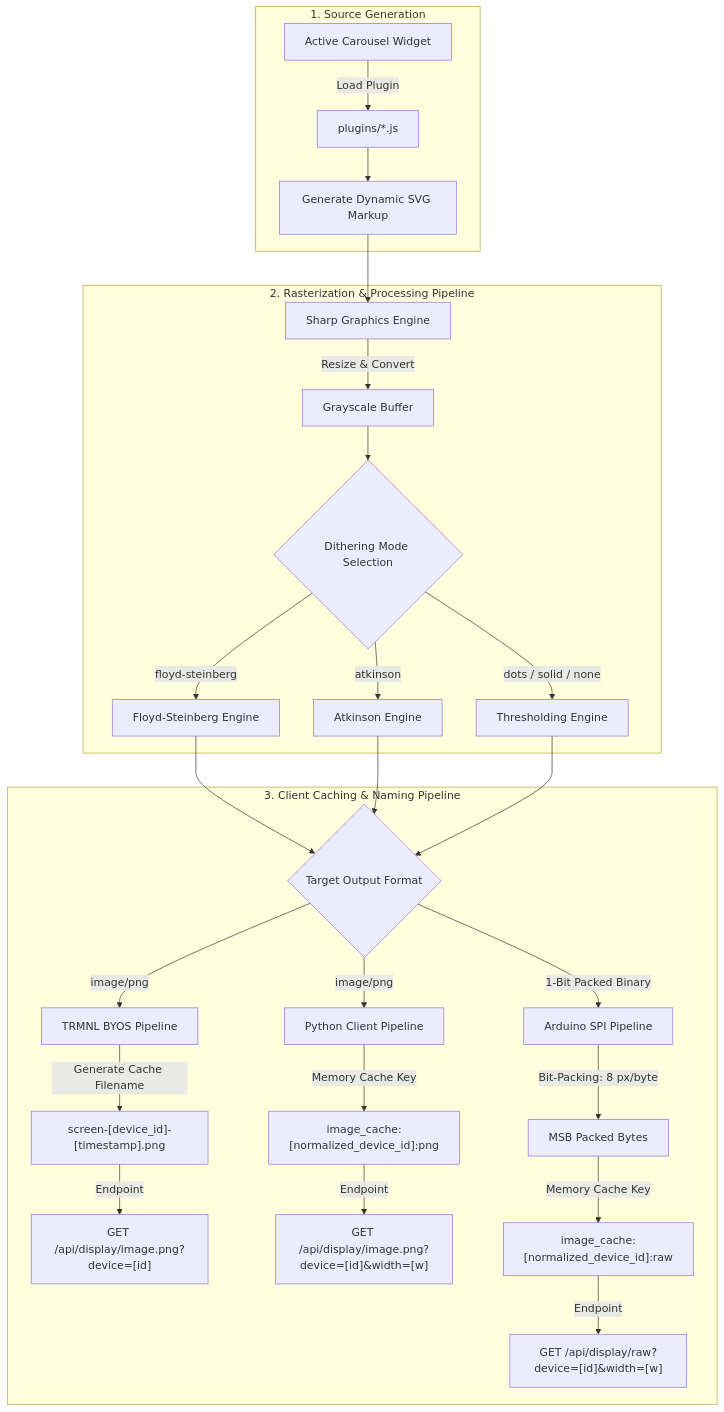
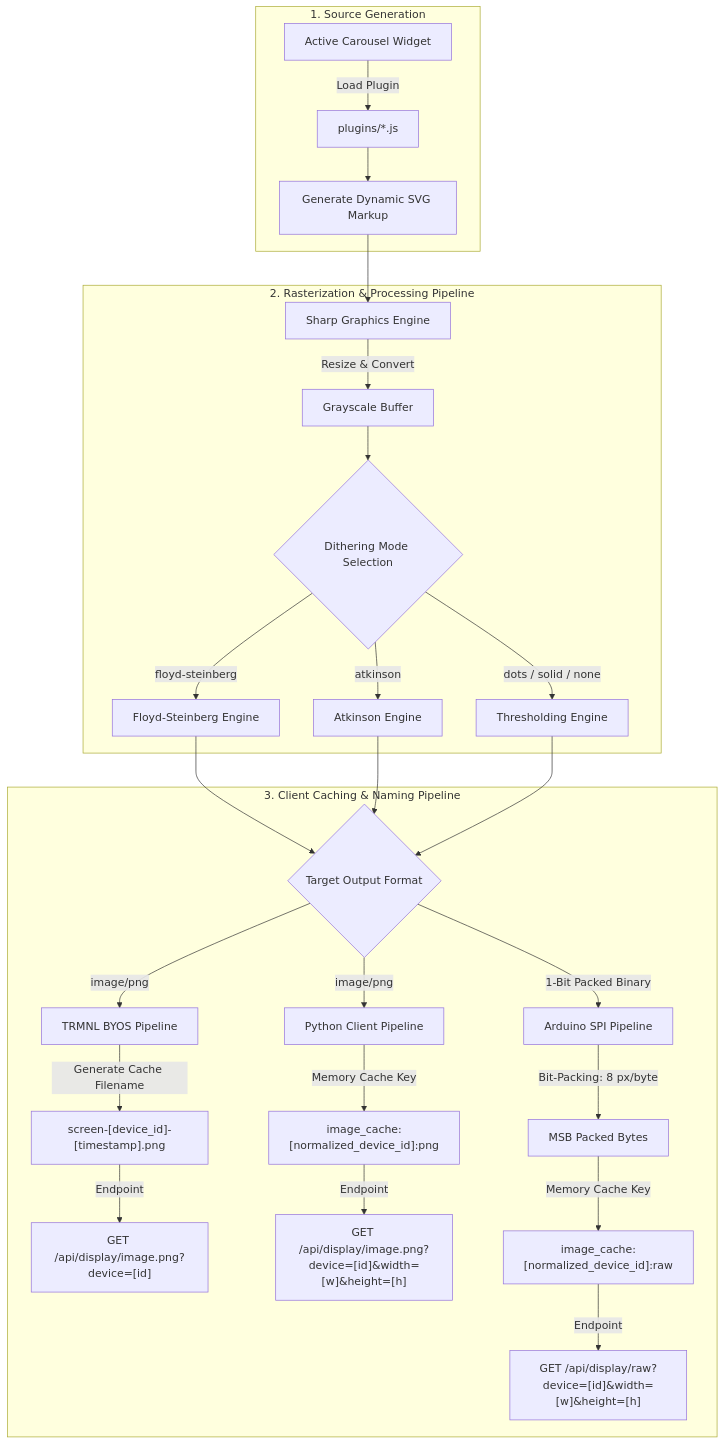
Before and after one commit to DerrickJEvans/inkflow-eink: the second of 5 diagrams in README.md, drawn with Mermaid.

Commit message:
Update API endpoints to include height parameter

````diff
--- a/README.md
+++ b/README.md
@@ -72,39 +72,39 @@
 ```mermaid
 graph TD
     %% 1. Source compilation
     subgraph 1. Source Generation
         A[Active Carousel Widget] -->|Load Plugin| B[plugins/*.js]
         B --> C[Generate Dynamic SVG Markup]
     end
 
     %% 2. Processing and dithering
     subgraph 2. Rasterization & Processing Pipeline
         C --> D[Sharp Graphics Engine]
         D -->|Resize & Convert| E[Grayscale Buffer]
         E --> F{Dithering Mode Selection}
         F -->|floyd-steinberg| G[Floyd-Steinberg Engine]
         F -->|atkinson| H[Atkinson Engine]
         F -->|dots / solid / none| I[Thresholding Engine]
     end
 
     %% 3. Format compilation & Caching
     subgraph 3. Client Caching & Naming Pipeline
         G & H & I --> J{Target Output Format}
         
         %% TRMNL BYOS
         J -->|image/png| K[TRMNL BYOS Pipeline]
         K -->|Generate Cache Filename| K_Cache["screen-[device_id]-[timestamp].png"]
         K_Cache -->|Endpoint| K_API["GET /api/display/image.png?device=[id]"]
         
         %% Python Client
         J -->|image/png| L[Python Client Pipeline]
         L -->|Memory Cache Key| L_Cache["image_cache:[normalized_device_id]:png"]
-        L_Cache -->|Endpoint| L_API["GET /api/display/image.png?device=[id]&width=[w]"]
+        L_Cache -->|Endpoint| L_API["GET /api/display/image.png?device=[id]&width=[w]&height=[h]"]
         
         %% Arduino Client
         J -->|1-Bit Packed Binary| M[Arduino SPI Pipeline]
         M -->|Bit-Packing: 8 px/byte| M_Pack[MSB Packed Bytes]
         M_Pack -->|Memory Cache Key| M_Cache["image_cache:[normalized_device_id]:raw"]
-        M_Cache -->|Endpoint| M_API["GET /api/display/raw?device=[id]&width=[w]"]
+        M_Cache -->|Endpoint| M_API["GET /api/display/raw?device=[id]&width=[w]&height=[h]"]
     end
 ```
````
